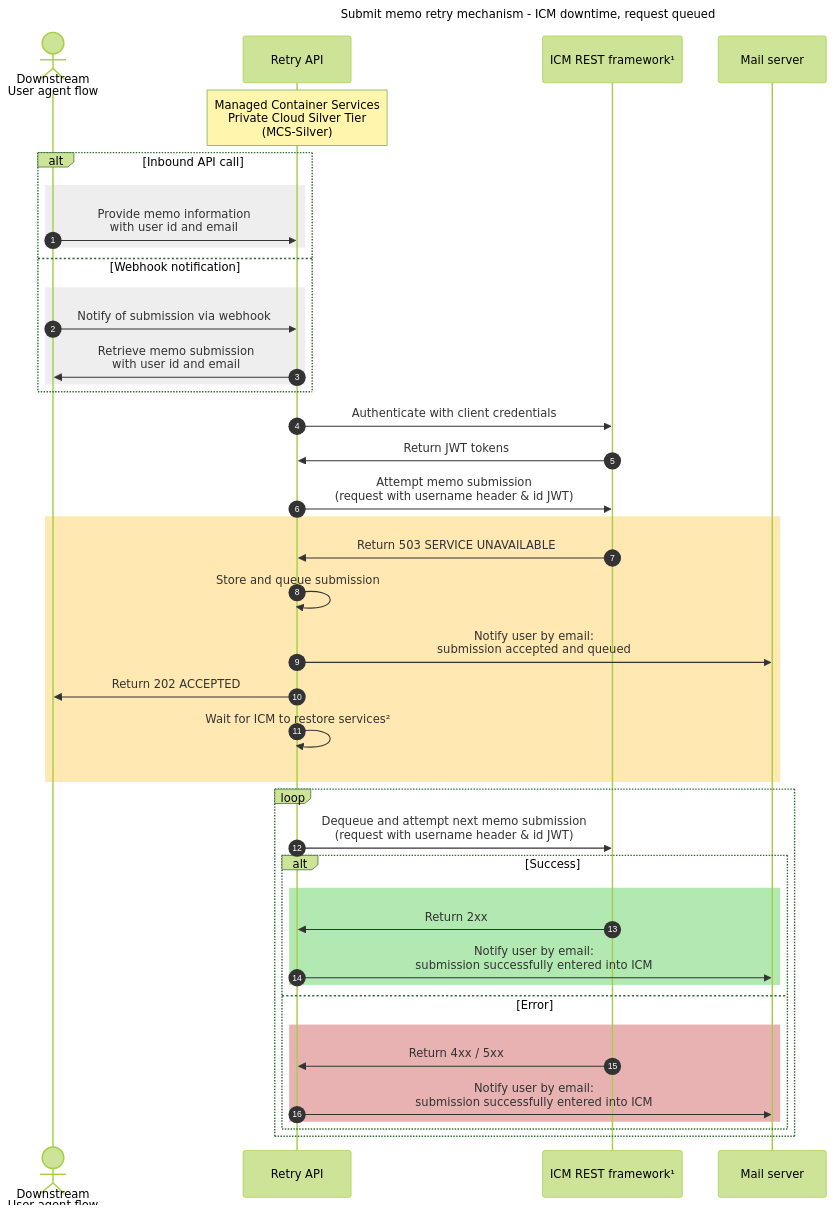
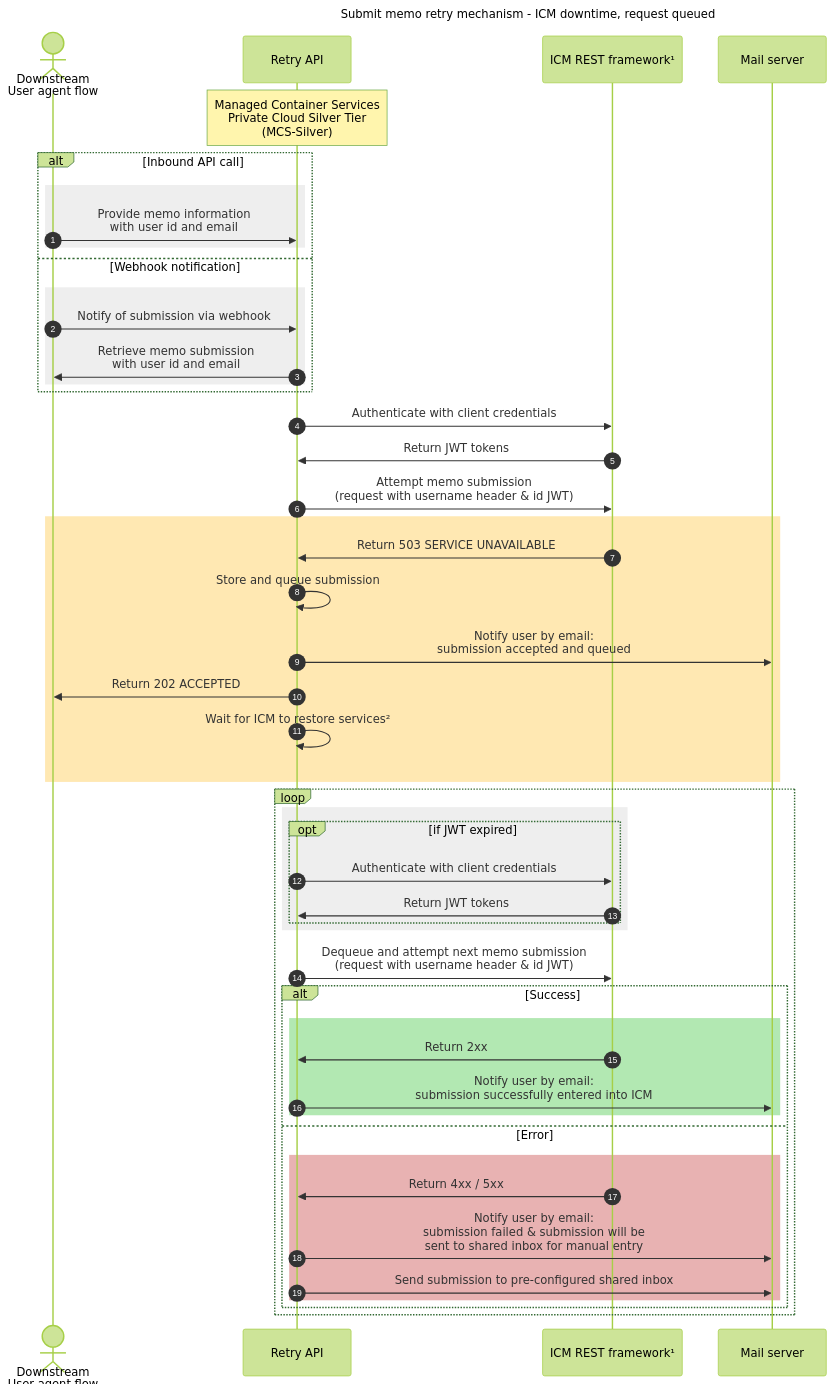
Before and after one commit to bcgov/social-sector-api-retry: the diagram in docs/design/sequence-queued.md, drawn with Mermaid (forest theme).

Commit message:
Fix error case and add opt section for token refresh

````diff
--- a/docs/design/sequence-queued.md
+++ b/docs/design/sequence-queued.md
@@ -1,54 +1,63 @@
 ```mermaid
 ---
 title: Submit memo retry mechanism - ICM downtime, request queued
 ---
 sequenceDiagram
     autonumber
 
     actor User as Downstream<br>User agent flow
     participant Retry as Retry API
     participant Icm as ICM REST framework¹
     participant Email as Mail server
 
     note over Retry: Managed Container Services <br> Private Cloud Silver Tier <br> (MCS-Silver)
 
     alt Inbound API call
         rect rgba(200,200,200,0.3)
             User->>Retry: Provide memo information<br>with user id and email
         end
     else Webhook notification
         rect rgba(200,200,200,0.3)
             User->>Retry: Notify of submission via webhook
             Retry->>User: Retrieve memo submission<br>with user id and email
         end
     end
 
     Retry->>Icm: Authenticate with client credentials
     Icm->>Retry: Return JWT tokens
 
     Retry->>Icm: Attempt memo submission<br/> (request with username header & id JWT)
 
     rect rgba(255, 180, 0, 0.3)
         Icm->>Retry: Return 503 SERVICE UNAVAILABLE
         Retry->>Retry: Store and queue submission
         Retry->>Email: Notify user by email: <br> submission accepted and queued
         Retry->>User: Return 202 ACCEPTED
         Retry->>Retry: Wait for ICM to restore services²
     end
 
     loop
+        rect rgba(200,200,200,0.3)
+            opt if JWT expired
+                Retry->>Icm: Authenticate with client credentials
+                Icm->>Retry: Return JWT tokens
+            end
+        end
+
         Retry->>Icm: Dequeue and attempt next memo submission<br>(request with username header & id JWT)
+
         alt Success
             rect rgba(0, 180, 0, 0.3)
                 Icm->>Retry: Return 2xx
                 Retry->>Email: Notify user by email: <br> submission successfully entered into ICM
             end
         else Error
             rect rgba(180, 0, 0, 0.3)
                 Icm->>Retry: Return 4xx / 5xx
-                Retry->>Email: Notify user by email: <br> submission successfully entered into ICM
+                Retry->>Email: Notify user by email: <br> submission failed & submission will be <br> sent to shared inbox for manual entry
+                Retry->>Email: Send submission to pre-configured shared inbox
             end
         end
     end
 
 ```
````
